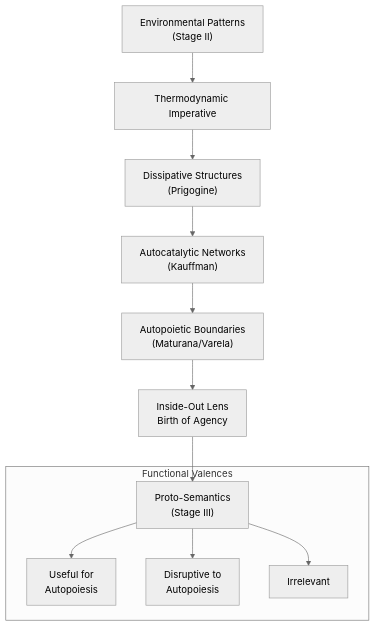
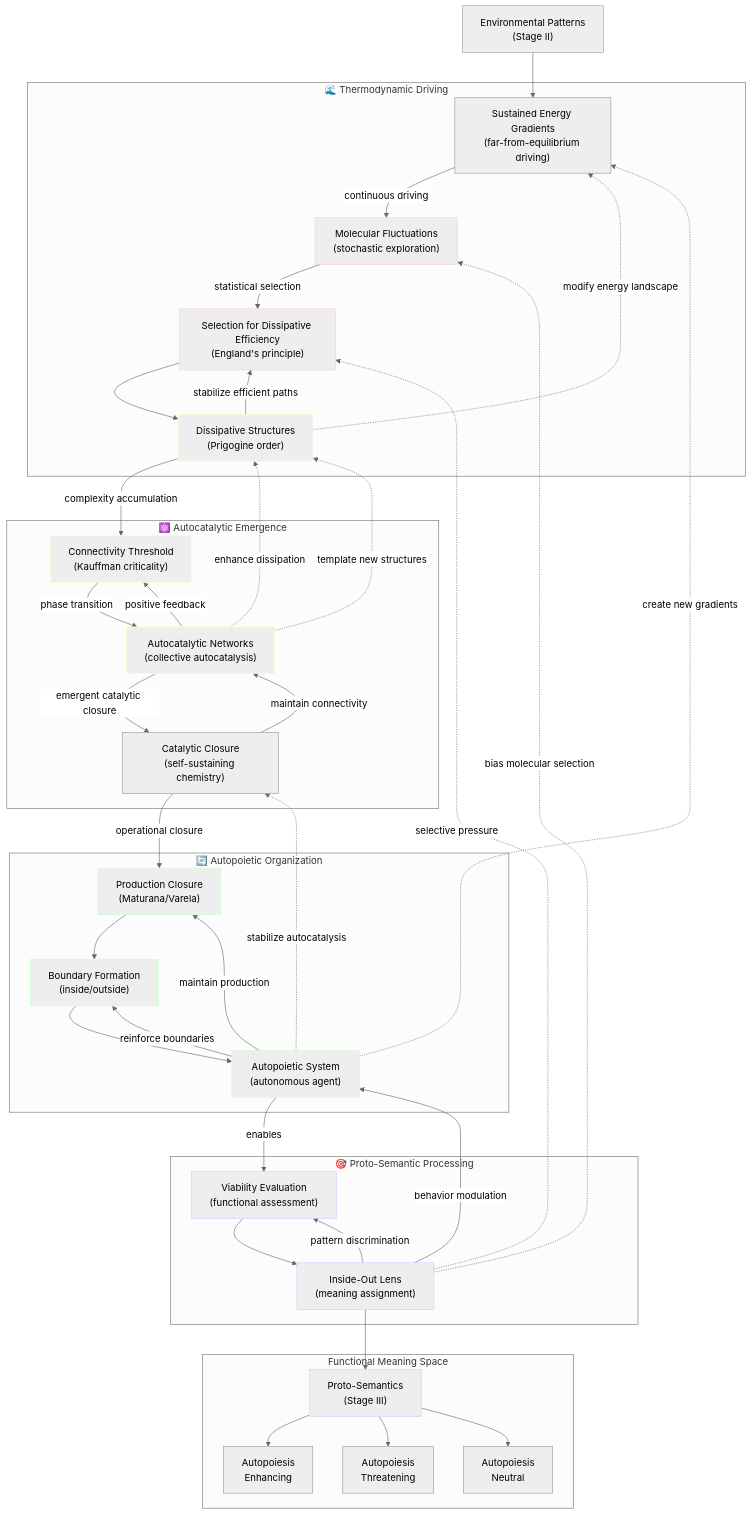
One commit to Staphylococcus/brain-from-brane changed the fifth of 9 diagrams in docs/01-pattern-realism/1a-pathway-emergence.md. Above: the diagram before and after it, drawn with Mermaid (neutral theme). The commit also changed other lines of this file, not shown here.

Commit message:
Significantly expanded the diagram for the bridge

````diff
--- a/docs/01-pattern-realism/1a-pathway-emergence.md
+++ b/docs/01-pattern-realism/1a-pathway-emergence.md
@@ -90,15 +107,68 @@
 ```mermaid
 flowchart TB
-  EP["Environmental Patterns<br/>(Stage II)"] --> TI["Thermodynamic Imperative"]
-  TI --> DS["Dissipative Structures<br/>(Prigogine)"]
-  DS --> AC["Autocatalytic Networks<br/>(Kauffman)"]
-  AC --> AP["Autopoietic Boundaries<br/>(Maturana/Varela)"]
-  AP --> IOL["Inside-Out Lens<br/>Birth of Agency"]
+  %% Input from Stage II
+  EP["Environmental Patterns<br/>(Stage II)"] --> EG["Sustained Energy Gradients<br/>(far-from-equilibrium driving)"]
+  
+  %% Thermodynamic Layer
+  subgraph TD ["🌊 Thermodynamic Driving"]
+    EG -->|continuous driving| MF["Molecular Fluctuations<br/>(stochastic exploration)"]
+    MF -->|statistical selection| SP["Selection for Dissipative Efficiency<br/>(England's principle)"]
+    SP --> DS["Dissipative Structures<br/>(Prigogine order)"]
+    DS -.->|modify energy landscape| EG
+    DS -->|stabilize efficient paths| SP
+  end
+  
+  %% Autocatalytic Layer - overlaps with thermodynamic
+  subgraph AC_Layer ["⚛️ Autocatalytic Emergence"]
+    DS -->|complexity accumulation| CT["Connectivity Threshold<br/>(Kauffman criticality)"]
+    CT -->|phase transition| ACN["Autocatalytic Networks<br/>(collective autocatalysis)"]
+    ACN -->|positive feedback| CT
+    ACN -.->|enhance dissipation| DS
+    ACN -->|emergent catalytic closure| CC["Catalytic Closure<br/>(self-sustaining chemistry)"]
+    CC -->|maintain connectivity| ACN
+  end
+  
+  %% Autopoietic Layer - emerges from autocatalytic
+  subgraph AP_Layer ["🔄 Autopoietic Organization"]
+    CC -->|operational closure| PC["Production Closure<br/>(Maturana/Varela)"]
+    PC --> BD["Boundary Formation<br/>(inside/outside)"]
+    BD --> APS["Autopoietic System<br/>(autonomous agent)"]
+    APS -->|maintain production| PC
+    APS -->|reinforce boundaries| BD
+    APS -.->|stabilize autocatalysis| CC
+  end
+  
+  %% Proto-Semantic Layer - qualitative leap
+  subgraph PS_Layer ["🎯 Proto-Semantic Processing"]
+    APS -->|enables| VE["Viability Evaluation<br/>(functional assessment)"]
+    VE --> IOL["Inside-Out Lens<br/>(meaning assignment)"]
+    IOL -->|behavior modulation| APS
+    IOL -->|pattern discrimination| VE
+    IOL -.->|selective pressure| SP
+  end
+  
+  %% Outputs to Stage III
   IOL --> PS["Proto-Semantics<br/>(Stage III)"]
   
-  subgraph "Functional Valences"
-    PS --> UV["Useful for<br/>Autopoiesis"]
-    PS --> DV["Disruptive to<br/>Autopoiesis"] 
-    PS --> IV["Irrelevant"]
+  %% Functional meaning space
+  subgraph FM ["Functional Meaning Space"]
+    PS --> UV["Autopoiesis<br/>Enhancing"]
+    PS --> DV["Autopoiesis<br/>Threatening"] 
+    PS --> IV["Autopoiesis<br/>Neutral"]
   end
+  
+  %% Cross-scale feedback (multi-directional)
+  APS -.->|create new gradients| EG
+  IOL -.->|bias molecular selection| MF
+  ACN -.->|template new structures| DS
+    %% Temporal dynamics indicator
+  classDef fast stroke:#ffcccc
+  classDef medium stroke:#ffffcc  
+  classDef slow stroke:#ccffcc
+  classDef semantic stroke:#ccccff
+  
+  class MF,SP fast
+  class DS,CT,ACN medium
+  class PC,BD,APS slow
+  class VE,IOL,PS semantic
 ```
````
